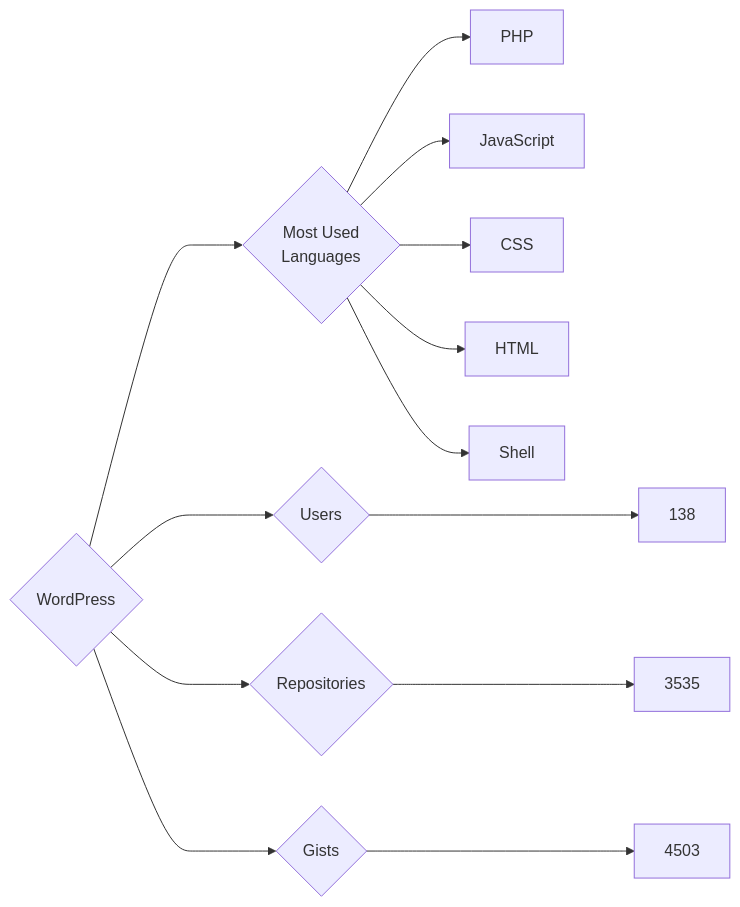
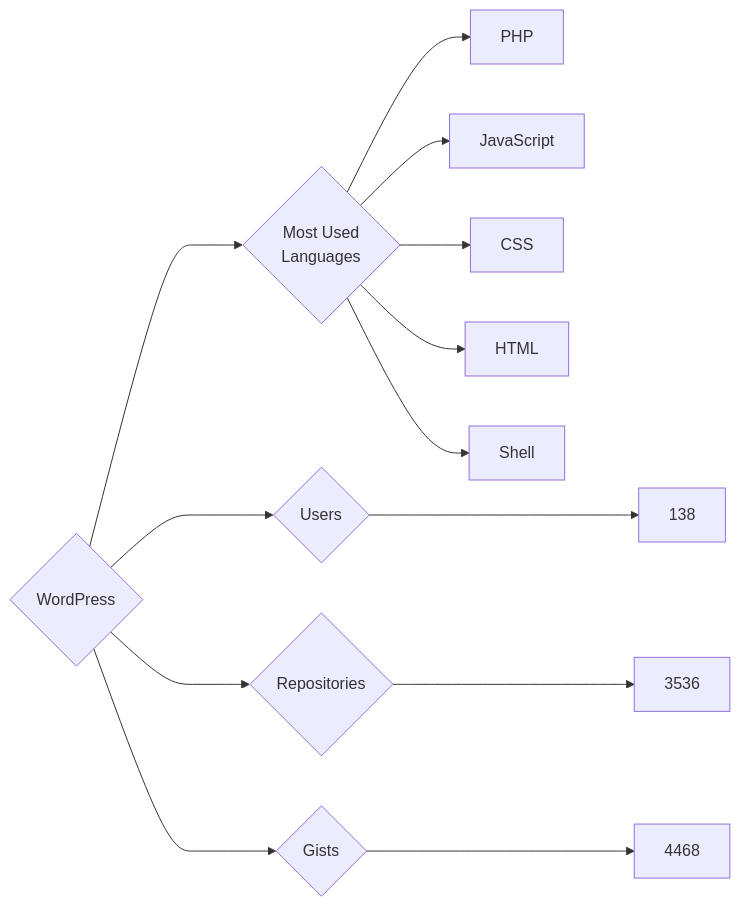
Before and after one commit to trickest/insiders: the diagram in targets/WordPress/README.md, drawn with Mermaid. The commit also changed 898 other files, not shown here.

````diff
--- a/targets/WordPress/README.md
+++ b/targets/WordPress/README.md
@@ -3,13 +3,13 @@
 ```mermaid
 graph LR
 COMPANY_NAME{WordPress}
 COMPANY_NAME ---> U{Users} ---> UN[138]
-COMPANY_NAME ---> R{Repositories} ---> RN[3535]
-COMPANY_NAME ---> G{Gists} ---> GN[4503]
+COMPANY_NAME ---> R{Repositories} ---> RN[3536]
+COMPANY_NAME ---> G{Gists} ---> GN[4468]
 COMPANY_NAME ---> ML{Most Used<br>Languages}
 ML --> PHP[PHP]
 ML --> JavaScript[JavaScript]
 ML --> CSS[CSS]
 ML --> HTML[HTML]
 ML --> Shell[Shell]
 ```
````
